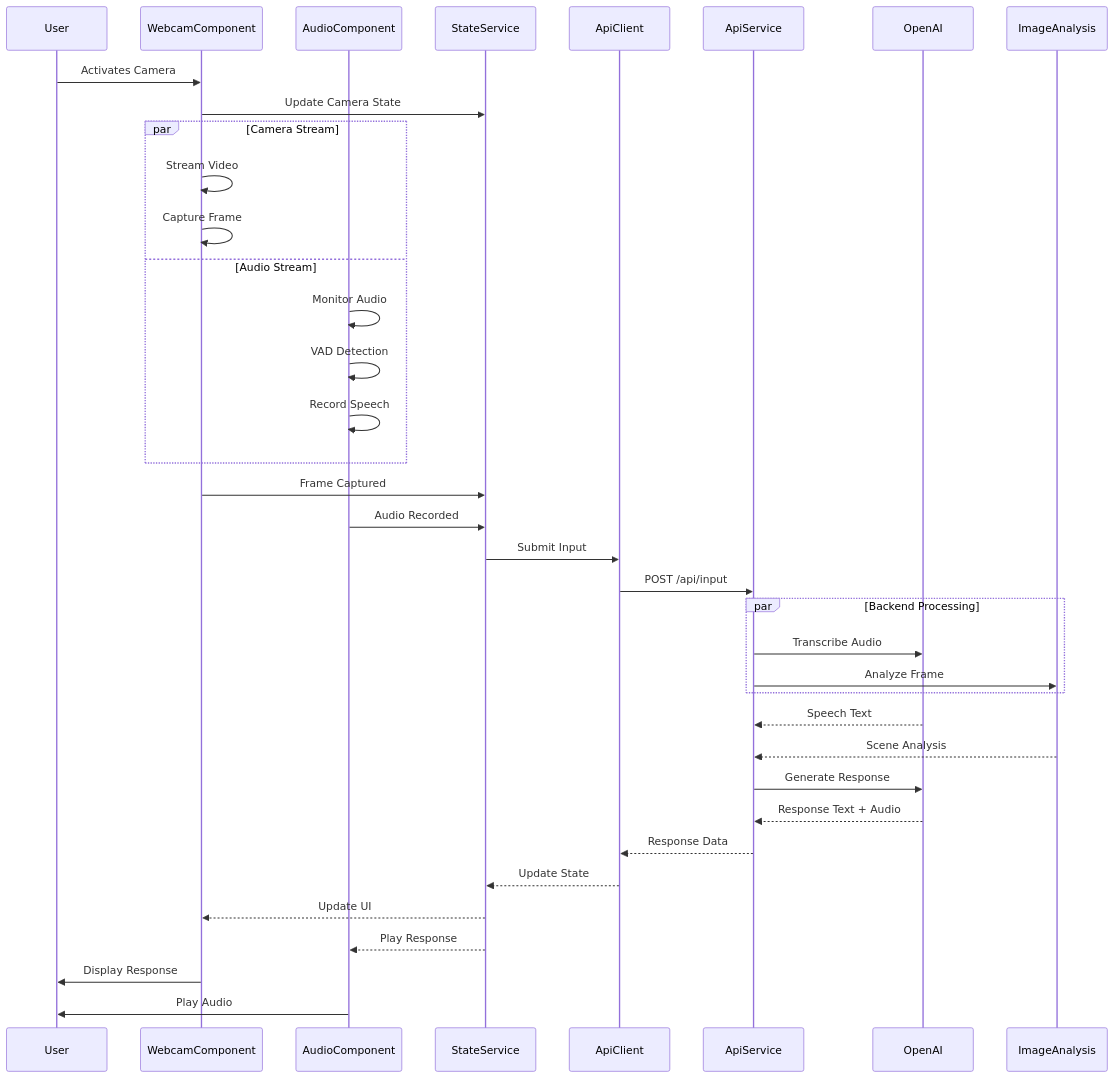
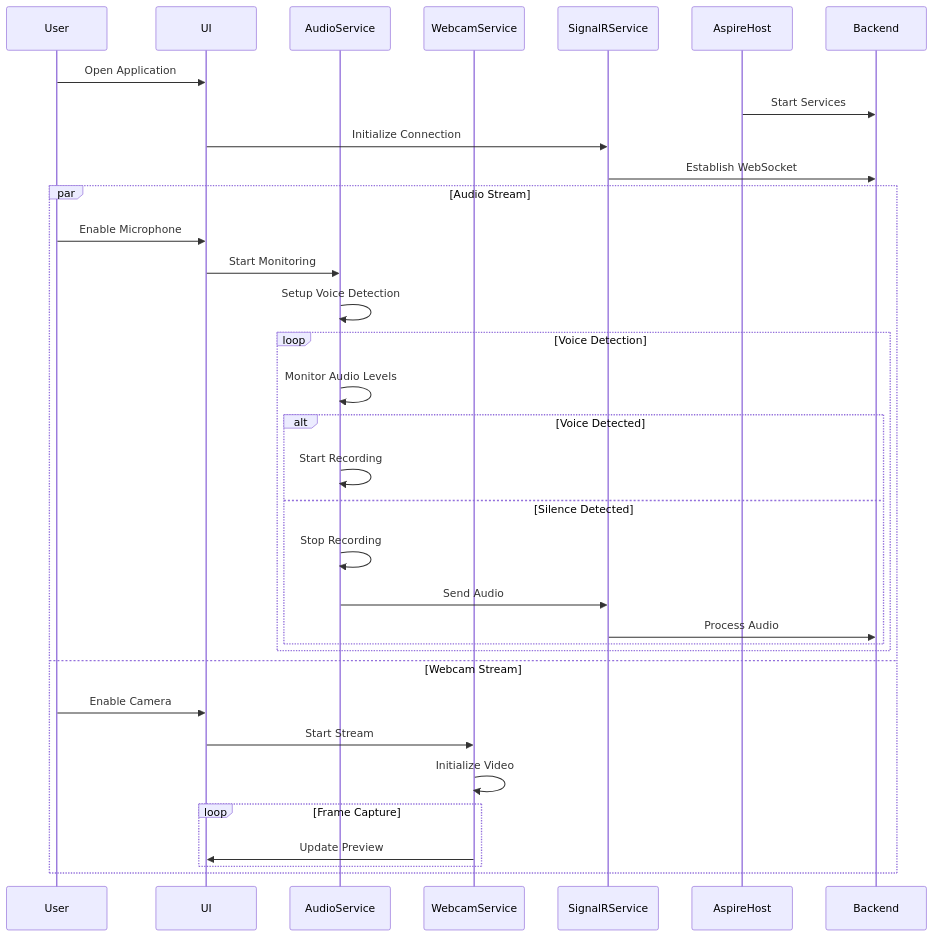
One commit to mgpeter/desktop-companion changed the first of 5 diagrams in README.md. Above: the diagram before and after it, drawn with Mermaid. The commit also changed other lines of this file and 1 other file, not shown here.

````diff
--- a/README.md
+++ b/README.md
@@ -20,48 +251,38 @@
 ```mermaid
 sequenceDiagram
     participant User
-    participant WebcamComponent
-    participant AudioComponent
-    participant StateService
-    participant ApiClient
-    participant ApiService
-    participant OpenAI
-    participant ImageAnalysis
+    participant UI
+    participant AudioService
+    participant WebcamService
+    participant SignalRService
+    participant AspireHost
+    participant Backend
 
-    User->>WebcamComponent: Activates Camera
-    WebcamComponent->>StateService: Update Camera State
-    
-    par Camera Stream
-        WebcamComponent->>WebcamComponent: Stream Video
-        WebcamComponent->>WebcamComponent: Capture Frame
-    and Audio Stream
-        AudioComponent->>AudioComponent: Monitor Audio
-        AudioComponent->>AudioComponent: VAD Detection
-        AudioComponent->>AudioComponent: Record Speech
+    User->>UI: Open Application
+    AspireHost->>Backend: Start Services
+    UI->>SignalRService: Initialize Connection
+    SignalRService->>Backend: Establish WebSocket
+
+    par Audio Stream
+        User->>UI: Enable Microphone
+        UI->>AudioService: Start Monitoring
+        AudioService->>AudioService: Setup Voice Detection
+        loop Voice Detection
+            AudioService->>AudioService: Monitor Audio Levels
+            alt Voice Detected
+                AudioService->>AudioService: Start Recording
+            else Silence Detected
+                AudioService->>AudioService: Stop Recording
+                AudioService->>SignalRService: Send Audio
+                SignalRService->>Backend: Process Audio
+            end
+        end
+    and Webcam Stream
+        User->>UI: Enable Camera
+        UI->>WebcamService: Start Stream
+        WebcamService->>WebcamService: Initialize Video
+        loop Frame Capture
+            WebcamService->>UI: Update Preview
+        end
     end
-
-    WebcamComponent->>StateService: Frame Captured
-    AudioComponent->>StateService: Audio Recorded
-    StateService->>ApiClient: Submit Input
-    
-    ApiClient->>ApiService: POST /api/input
-    
-    par Backend Processing
-        ApiService->>OpenAI: Transcribe Audio
-        ApiService->>ImageAnalysis: Analyze Frame
-    end
-    
-    OpenAI-->>ApiService: Speech Text
-    ImageAnalysis-->>ApiService: Scene Analysis
-    
-    ApiService->>OpenAI: Generate Response
-    OpenAI-->>ApiService: Response Text + Audio
-    
-    ApiService-->>ApiClient: Response Data
-    ApiClient-->>StateService: Update State
-    StateService-->>WebcamComponent: Update UI
-    StateService-->>AudioComponent: Play Response
-    WebcamComponent->>User: Display Response
-    AudioComponent->>User: Play Audio
-
 ```
````
